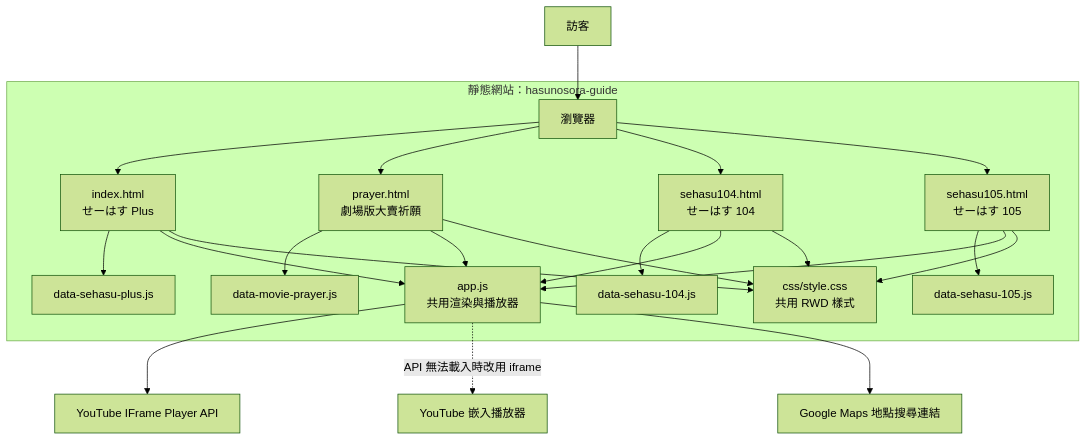
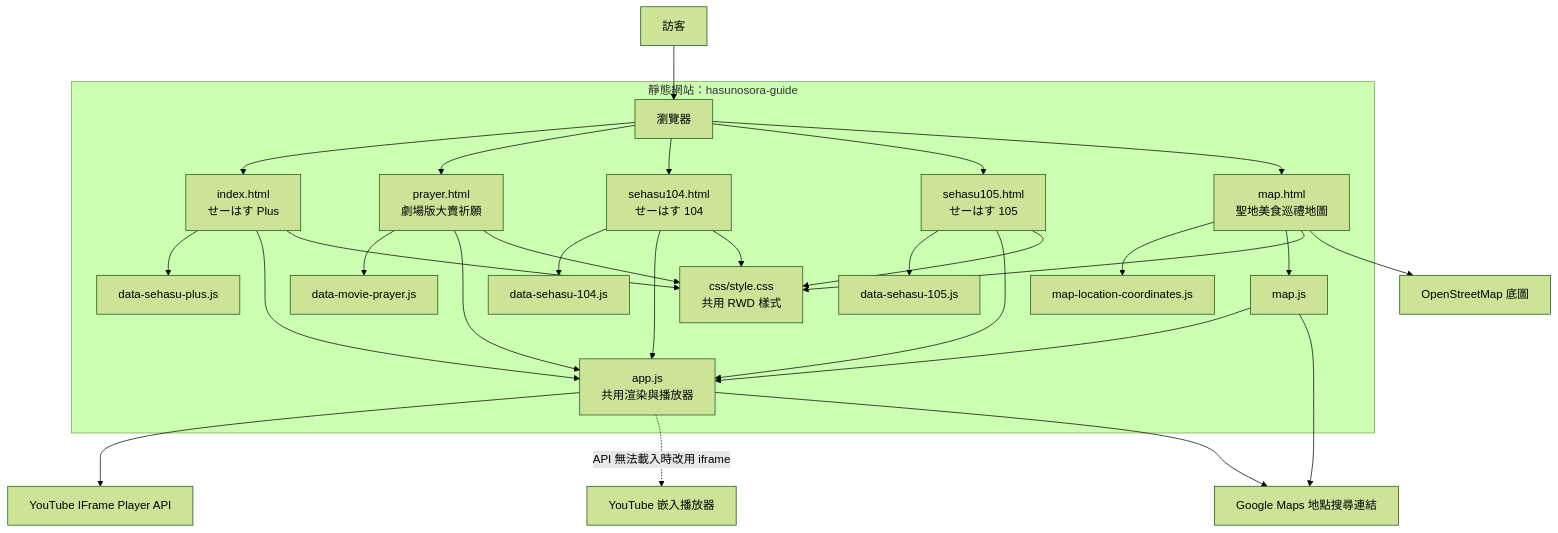
Before and after one commit to SakakiFu/SakakiFu.github.io: the diagram in hasunosora-guide/README.md, drawn with Mermaid (forest theme). The commit also changed other lines of this file and 5 other files, not shown here.

Commit message:
地圖功能

````diff
--- a/hasunosora-guide/README.md
+++ b/hasunosora-guide/README.md
@@ -46,29 +53,37 @@
 ```mermaid
 flowchart TD
     Visitor[訪客] --> Browser[瀏覽器]
 
     subgraph Site[靜態網站：hasunosora-guide]
         Browser --> Plus[index.html<br/>せーはす Plus]
         Browser --> Prayer[prayer.html<br/>劇場版大賣祈願]
         Browser --> Sehasu104[sehasu104.html<br/>せーはす 104]
         Browser --> Sehasu105[sehasu105.html<br/>せーはす 105]
+        Browser --> Map[map.html<br/>聖地美食巡禮地圖]
 
         Plus --> PlusData[data-sehasu-plus.js]
         Prayer --> PrayerData[data-movie-prayer.js]
         Sehasu104 --> Sehasu104Data[data-sehasu-104.js]
         Sehasu105 --> Sehasu105Data[data-sehasu-105.js]
 
         Plus --> App[app.js<br/>共用渲染與播放器]
         Prayer --> App
         Sehasu104 --> App
         Sehasu105 --> App
         Plus --> Style[css/style.css<br/>共用 RWD 樣式]
         Prayer --> Style
         Sehasu104 --> Style
         Sehasu105 --> Style
+
+        Map --> MapData[map-location-coordinates.js]
+        Map --> MapScript[map.js]
+        MapScript --> App
+        Map --> Style
     end
 
     App --> YouTube[YouTube IFrame Player API]
     App -. API 無法載入時改用 iframe .-> Embed[YouTube 嵌入播放器]
+    Map --> Tiles[OpenStreetMap 底圖]
     App --> Maps[Google Maps 地點搜尋連結]
+    MapScript --> Maps
 ```
````
